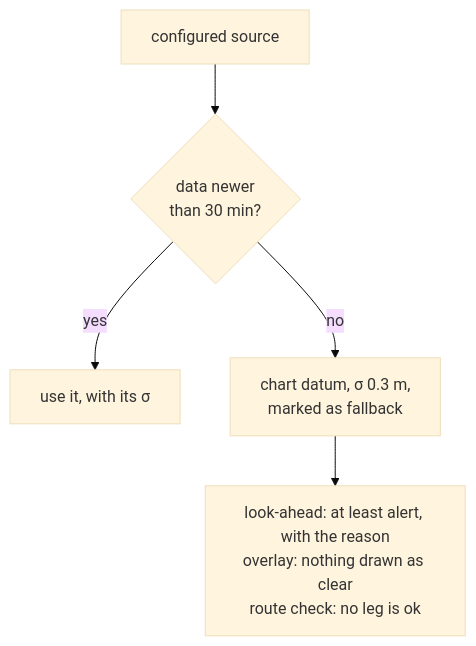
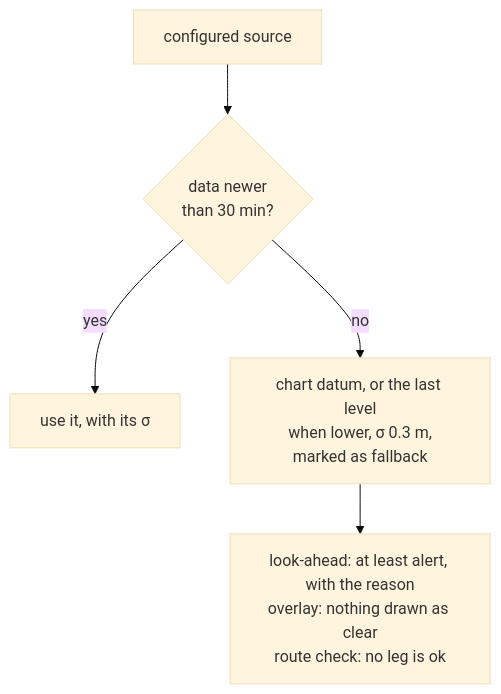
One commit to KEGustafsson/signalk-underkeel changed the fourth of 6 diagrams in docs/HOW-IT-WORKS.md. Above: the diagram before and after it, drawn with Mermaid (base theme). The commit also changed 5 other files, not shown here.

First line of the commit message:
fix(water-level): fall back to the last level when it is below chart datum

````diff
--- a/docs/HOW-IT-WORKS.md
+++ b/docs/HOW-IT-WORKS.md
@@ -452,7 +452,7 @@
 ```mermaid
 flowchart TD
   S[configured source] --> F{data newer<br/>than 30 min?}
   F -- yes --> OK[use it, with its σ]
-  F -- no --> FB[chart datum, σ 0.3 m,<br/>marked as fallback]
+  F -- no --> FB[chart datum, or the last level<br/>when lower, σ 0.3 m,<br/>marked as fallback]
   FB --> AL[look-ahead: at least alert, with the reason<br/>overlay: nothing drawn as clear<br/>route check: no leg is ok]
 ```
````
